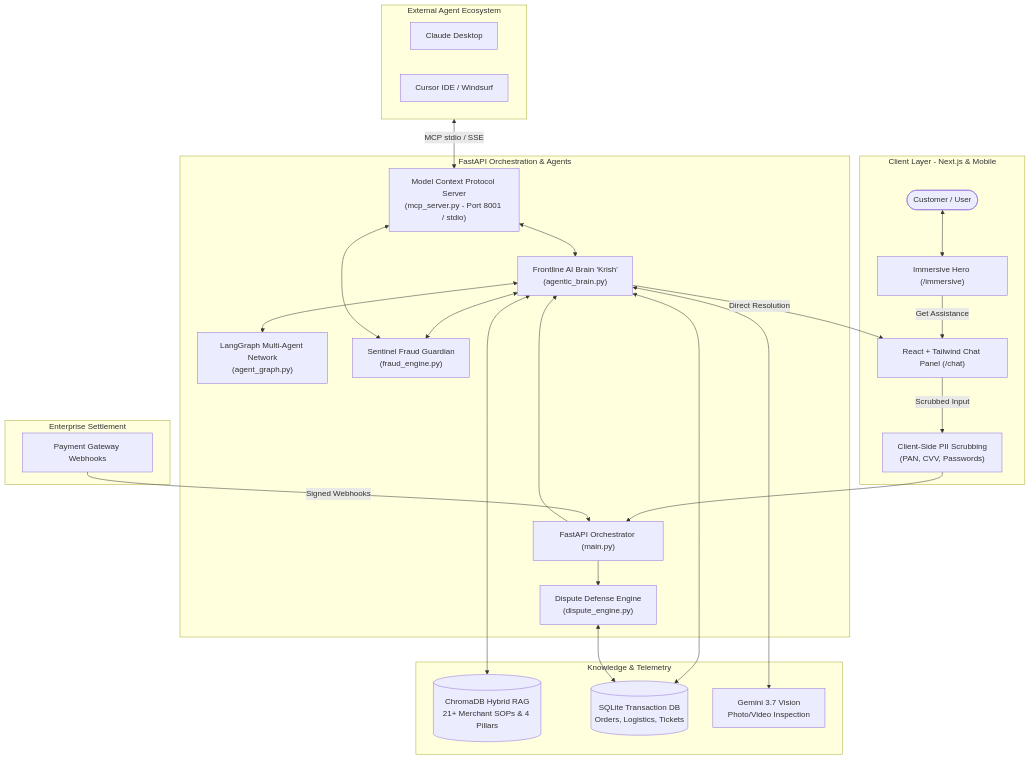
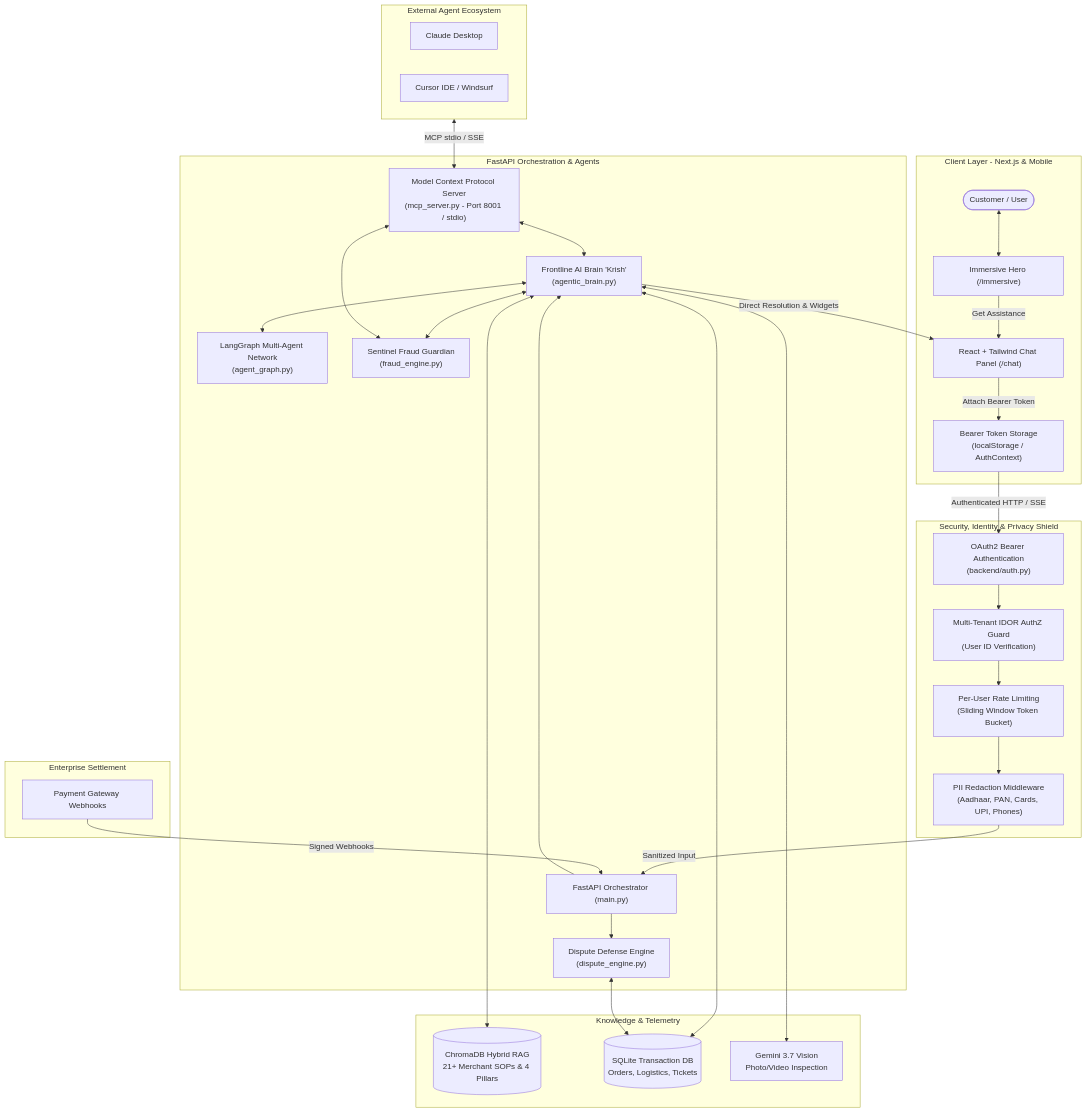
The diagram in README.md (sanjaykrishnabaishya/RazorSense), drawn with Mermaid before and after one commit. The commit also changed other lines of this file and 3 other files, not shown here.

Commit message:
docs & feat: complete v1.0 to v2.0 engineering log, document security architecture (PII/AuthN/AuthZ), and move logo/name to the left

````diff
--- a/README.md
+++ b/README.md
@@ -247,53 +247,64 @@
 ```mermaid
 flowchart TD
     subgraph Client ["Client Layer - Next.js & Mobile"]
         User(["Customer / User"])
         Immersive["Immersive Hero (/immersive)"]
         ChatUI["React + Tailwind Chat Panel (/chat)"]
-        PII["Client-Side PII Scrubbing<br/>(PAN, CVV, Passwords)"]
+        AuthClient["Bearer Token Storage<br/>(localStorage / AuthContext)"]
+    end
+
+    subgraph Security ["Security, Identity & Privacy Shield"]
+        AuthN["OAuth2 Bearer Authentication<br/>(backend/auth.py)"]
+        AuthZ["Multi-Tenant IDOR AuthZ Guard<br/>(User ID Verification)"]
+        RateLimiter["Per-User Rate Limiting<br/>(Sliding Window Token Bucket)"]
+        PIIRedactor["PII Redaction Middleware<br/>(Aadhaar, PAN, Cards, UPI, Phones)"]
     end
 
     subgraph External ["External Agent Ecosystem"]
         ClaudeDesktop["Claude Desktop"]
         Cursor["Cursor IDE / Windsurf"]
     end
 
     subgraph Core ["FastAPI Orchestration & Agents"]
         MainAPI["FastAPI Orchestrator (main.py)"]
         MCPServer["Model Context Protocol Server<br/>(mcp_server.py - Port 8001 / stdio)"]
         Krish["Frontline AI Brain 'Krish'<br/>(agentic_brain.py)"]
         LangGraph["LangGraph Multi-Agent Network<br/>(agent_graph.py)"]
         Sentinel["Sentinel Fraud Guardian<br/>(fraud_engine.py)"]
         DisputeEngine["Dispute Defense Engine<br/>(dispute_engine.py)"]
     end
 
     subgraph Memory ["Knowledge & Telemetry"]
         VectorDB[("ChromaDB Hybrid RAG<br/>21+ Merchant SOPs & 4 Pillars")]
         OrderDB[("SQLite Transaction DB<br/>Orders, Logistics, Tickets")]
         Vision["Gemini 3.7 Vision<br/>Photo/Video Inspection"]
     end
 
     subgraph Gateway ["Enterprise Settlement"]
         ExtGW["Payment Gateway Webhooks"]
     end
 
     User <--> Immersive
     Immersive -->|"Get Assistance"| ChatUI
-    ChatUI -->|"Scrubbed Input"| PII
-    PII --> MainAPI
+    ChatUI -->|"Attach Bearer Token"| AuthClient
+    AuthClient -->|"Authenticated HTTP / SSE"| AuthN
+    AuthN --> AuthZ
+    AuthZ --> RateLimiter
+    RateLimiter --> PIIRedactor
+    PIIRedactor -->|"Sanitized Input"| MainAPI
     MainAPI --> Krish
     Krish <--> LangGraph
     Krish <--> Sentinel
     Krish <--> VectorDB
     Krish <--> OrderDB
     Krish <--> Vision
-    Krish -->|"Direct Resolution"| ChatUI
+    Krish -->|"Direct Resolution & Widgets"| ChatUI
 
     External <-->|"MCP stdio / SSE"| MCPServer
     MCPServer <--> Krish
     MCPServer <--> Sentinel
 
     ExtGW -->|"Signed Webhooks"| MainAPI
     MainAPI --> DisputeEngine
     DisputeEngine <--> OrderDB
 ```
````
